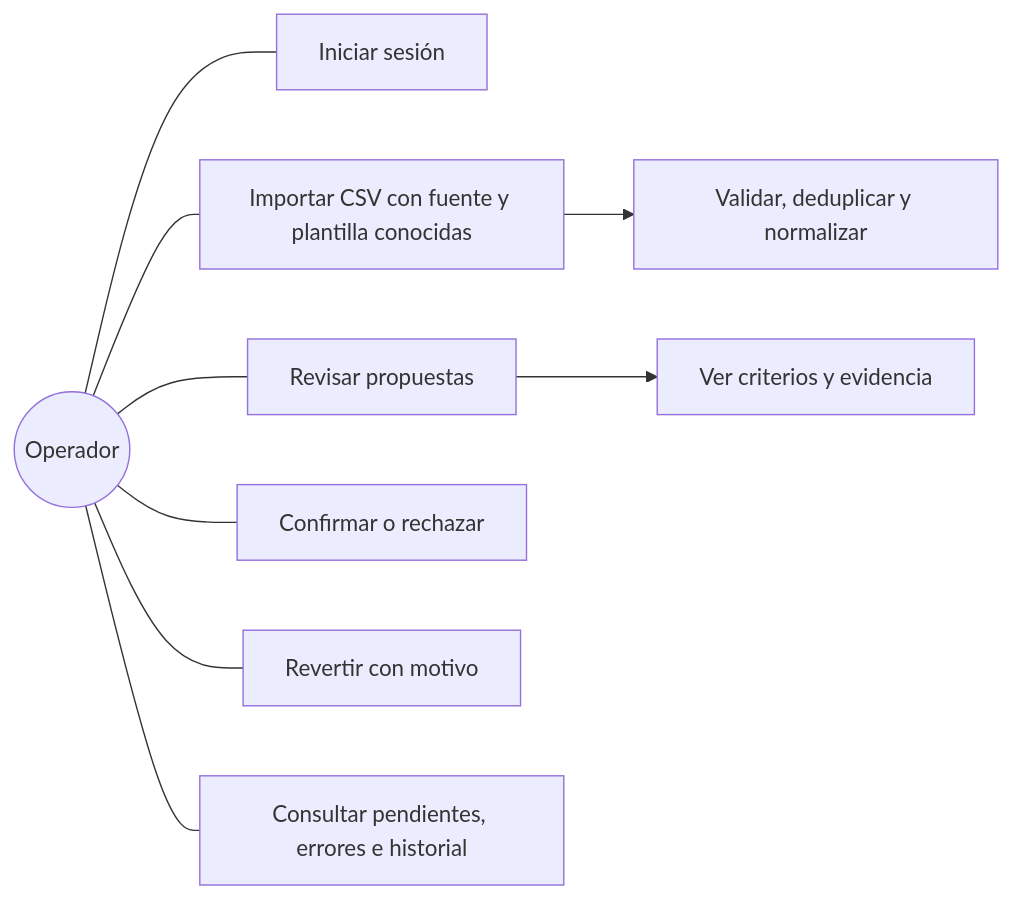
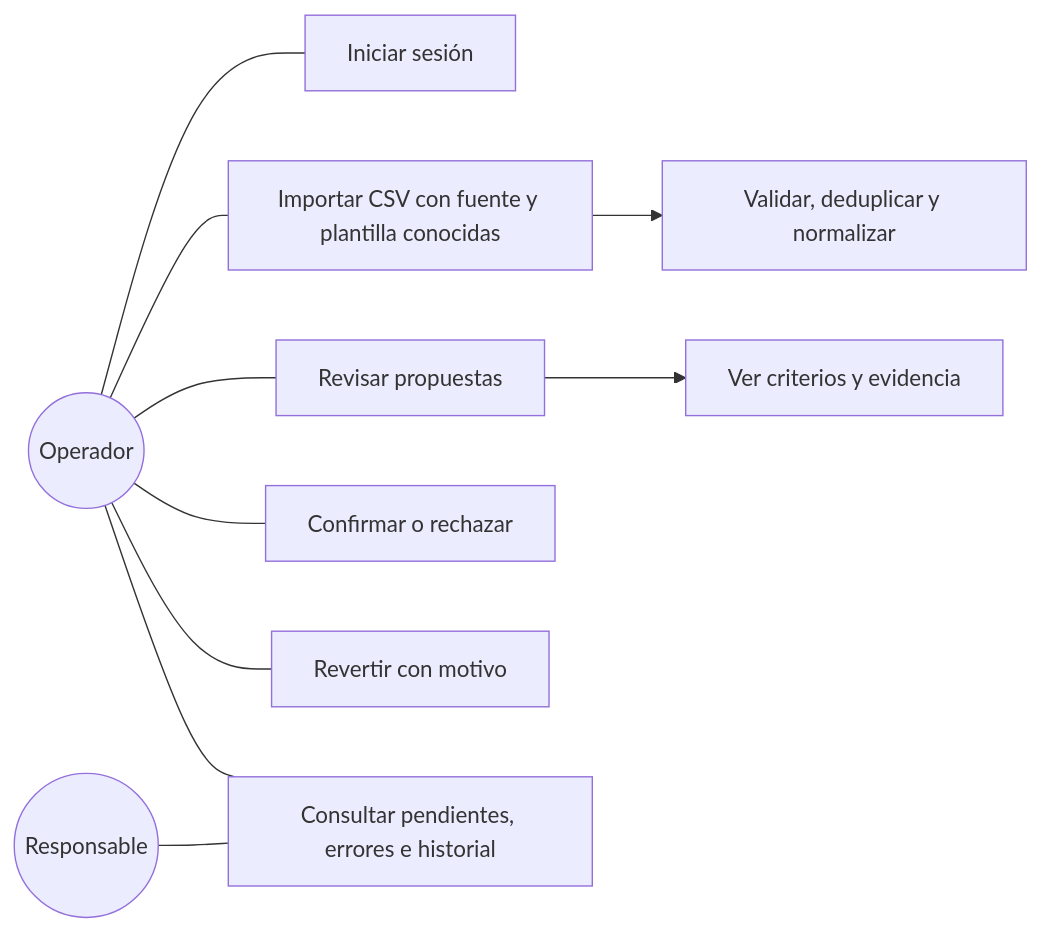
Before and after one commit to turkaym/conciliador-financiero: the second of 8 diagrams in docs/segunda-entrega/06-diagramas.md, drawn with Mermaid. The commit also changed other lines of this file and 50 other files, not shown here.

````diff
--- a/docs/segunda-entrega/06-diagramas.md
+++ b/docs/segunda-entrega/06-diagramas.md
@@ -18,11 +18,12 @@
 ```mermaid
 flowchart LR
  O((Operador)) --- A[Iniciar sesión]
  O --- I[Importar CSV con fuente y plantilla conocidas]
  O --- P[Revisar propuestas]
  O --- D[Confirmar o rechazar]
  O --- V[Revertir con motivo]
  O --- Q[Consultar pendientes, errores e historial]
+ R((Responsable)) --- Q
  I --> N[Validar, deduplicar y normalizar]
  P --> G[Ver criterios y evidencia]
 ```
````
